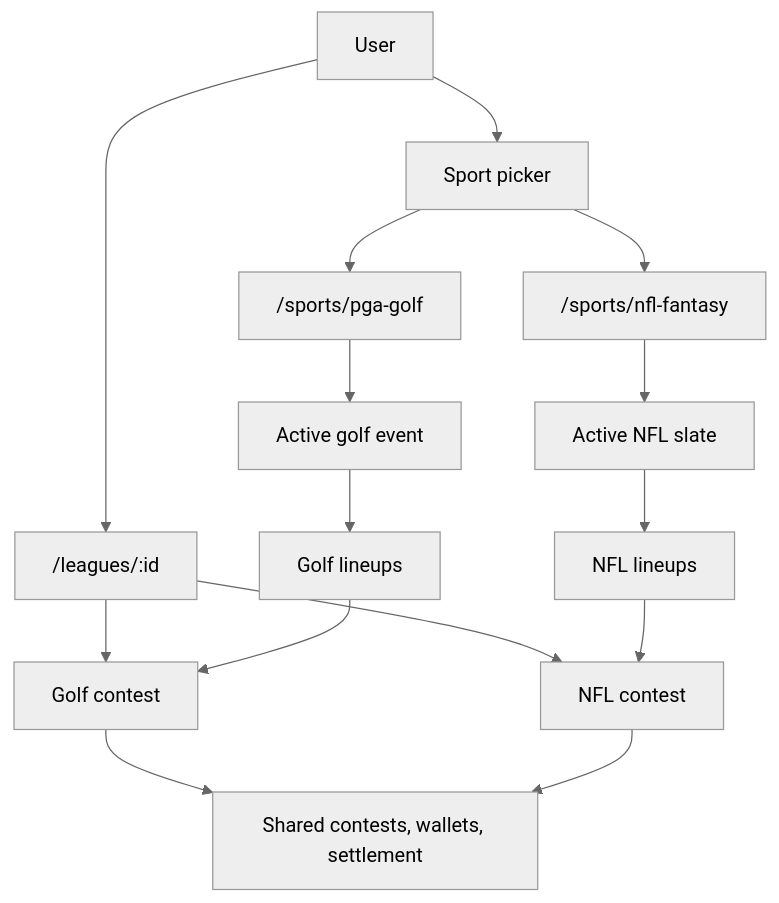
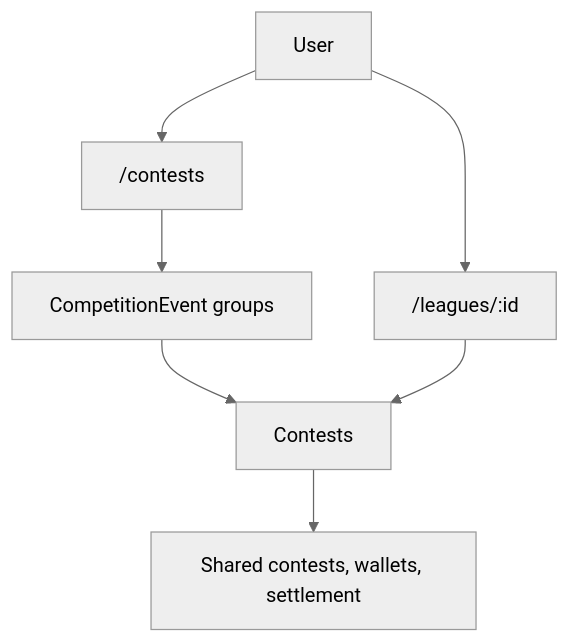
The first of 2 diagrams in docs/platform/architecture.md (MagRelo/cut), drawn with Mermaid (neutral theme) before and after one commit. The commit also changed other lines of this file and 34 other files, not shown here.

````diff
--- a/docs/platform/architecture.md
+++ b/docs/platform/architecture.md
@@ -9,17 +9,9 @@
 ```mermaid
 flowchart TB
-  User --> Nav[Sport picker]
+  User --> Contests["/contests"]
   User --> Leagues["/leagues/:id"]
-  Nav --> Golf["/sports/pga-golf"]
-  Nav --> NFL["/sports/nfl-fantasy"]
-  Golf --> GolfEvent[Active golf event]
-  NFL --> NFLEvent[Active NFL slate]
-  GolfEvent --> GolfLineups[Golf lineups]
-  NFLEvent --> NFLLineups[NFL lineups]
-  Leagues --> GolfContest[Golf contest]
-  Leagues --> NFLContest[NFL contest]
-  GolfLineups --> GolfContest
-  NFLLineups --> NFLContest
-  GolfContest --> Core[Shared contests, wallets, settlement]
-  NFLContest --> Core
+  Contests --> Event[CompetitionEvent groups]
+  Event --> Contest[Contests]
+  Leagues --> Contest
+  Contest --> Core[Shared contests, wallets, settlement]
 ```
````
